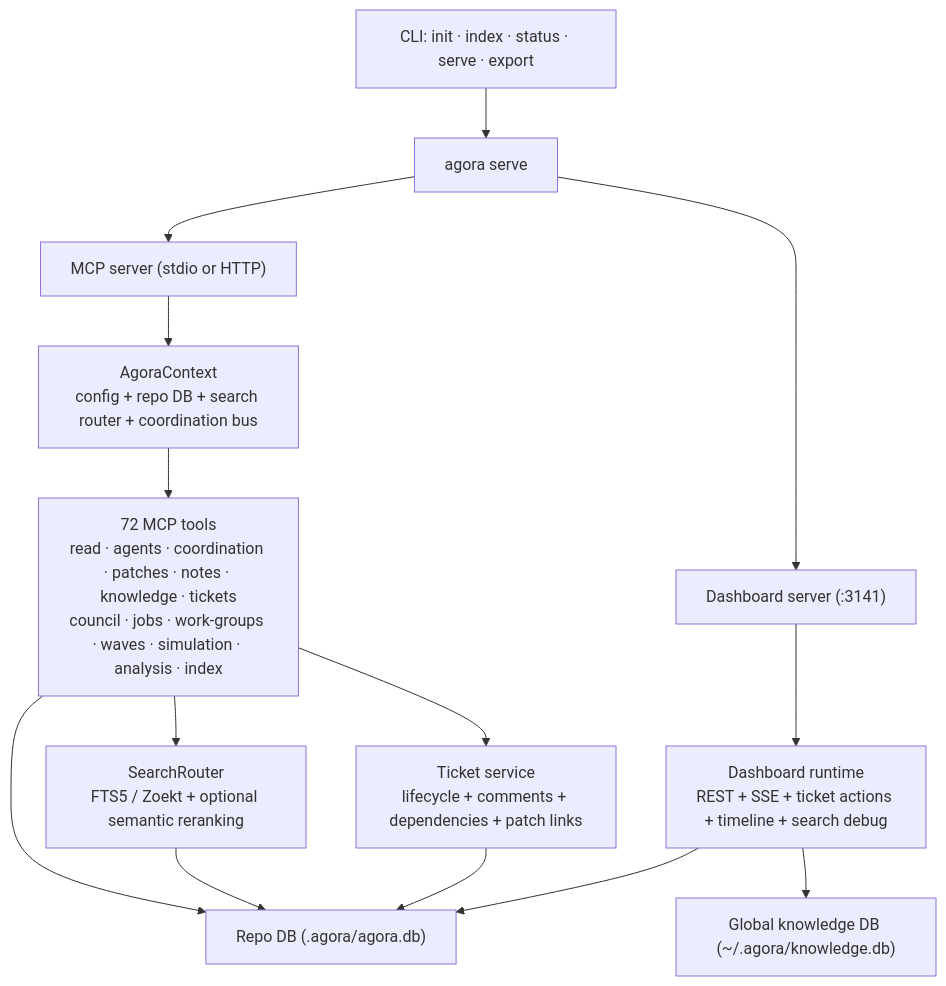
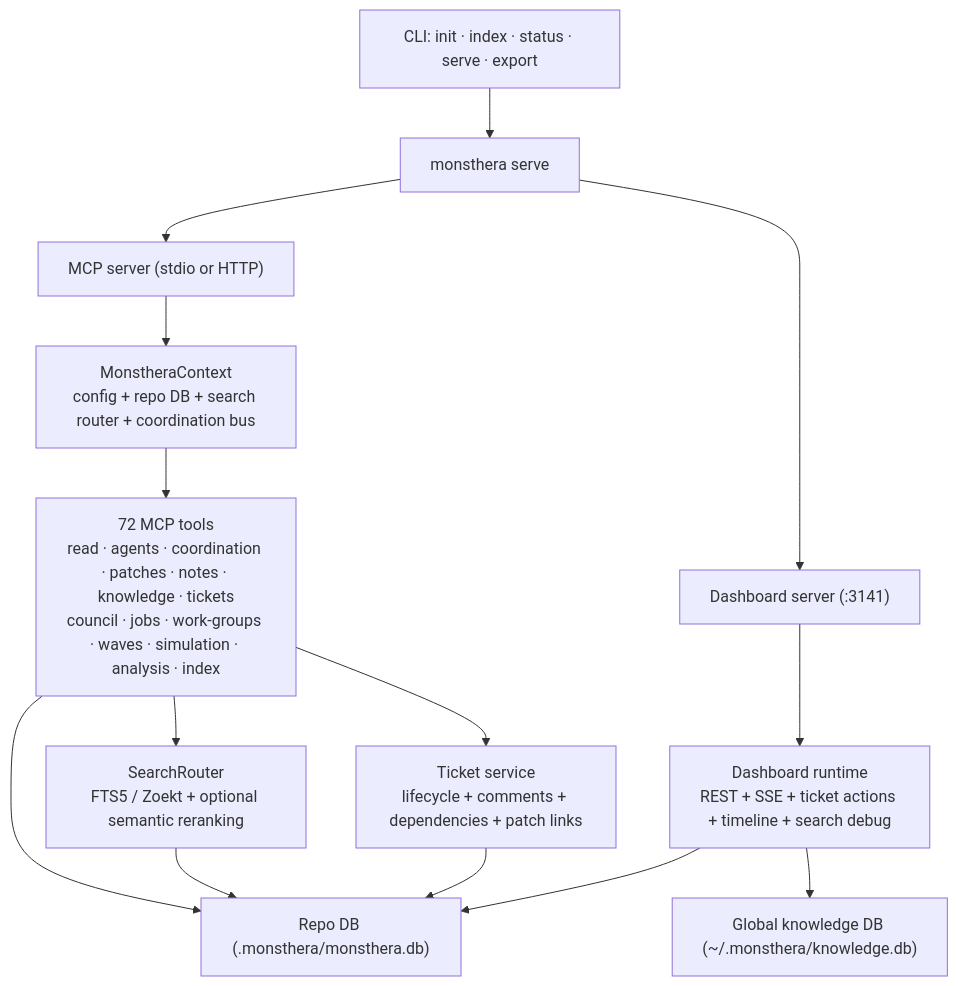
Before and after one commit to xpm-cmd/Monsthera: the first of 3 diagrams in docs/architecture.md, drawn with Mermaid. The commit also changed other lines of this file and 136 other files, not shown here.

First line of the commit message:
refactor: rename Agora to Monsthera across entire codebase

````diff
--- a/docs/architecture.md
+++ b/docs/architecture.md
@@ -5,28 +5,28 @@
 ```mermaid
 flowchart TB
     CLI["CLI: init · index · status · serve · export"]
-    SERVE["agora serve"]
+    SERVE["monsthera serve"]
     DASH["Dashboard server (:3141)"]
     MCP["MCP server (stdio or HTTP)"]
-    CTX["AgoraContext\nconfig + repo DB + search router + coordination bus"]
+    CTX["MonstheraContext\nconfig + repo DB + search router + coordination bus"]
     TOOLS["72 MCP tools\nread · agents · coordination · patches · notes · knowledge · tickets\ncouncil · jobs · work-groups · waves · simulation · analysis · index"]
     SEARCH["SearchRouter\nFTS5 / Zoekt + optional semantic reranking"]
     TICKETS["Ticket service\nlifecycle + comments + dependencies + patch links"]
     DASHRT["Dashboard runtime\nREST + SSE + ticket actions + timeline + search debug"]
-    REPO["Repo DB (.agora/agora.db)"]
-    GLOBAL["Global knowledge DB (~/.agora/knowledge.db)"]
+    REPO["Repo DB (.monsthera/monsthera.db)"]
+    GLOBAL["Global knowledge DB (~/.monsthera/knowledge.db)"]
 
     CLI --> SERVE
     SERVE --> MCP
     SERVE --> DASH
     MCP --> CTX
     CTX --> TOOLS
     TOOLS --> SEARCH
     TOOLS --> TICKETS
     TOOLS --> REPO
     SEARCH --> REPO
     TICKETS --> REPO
     DASH --> DASHRT
     DASHRT --> REPO
     DASHRT --> GLOBAL
 ```
````
